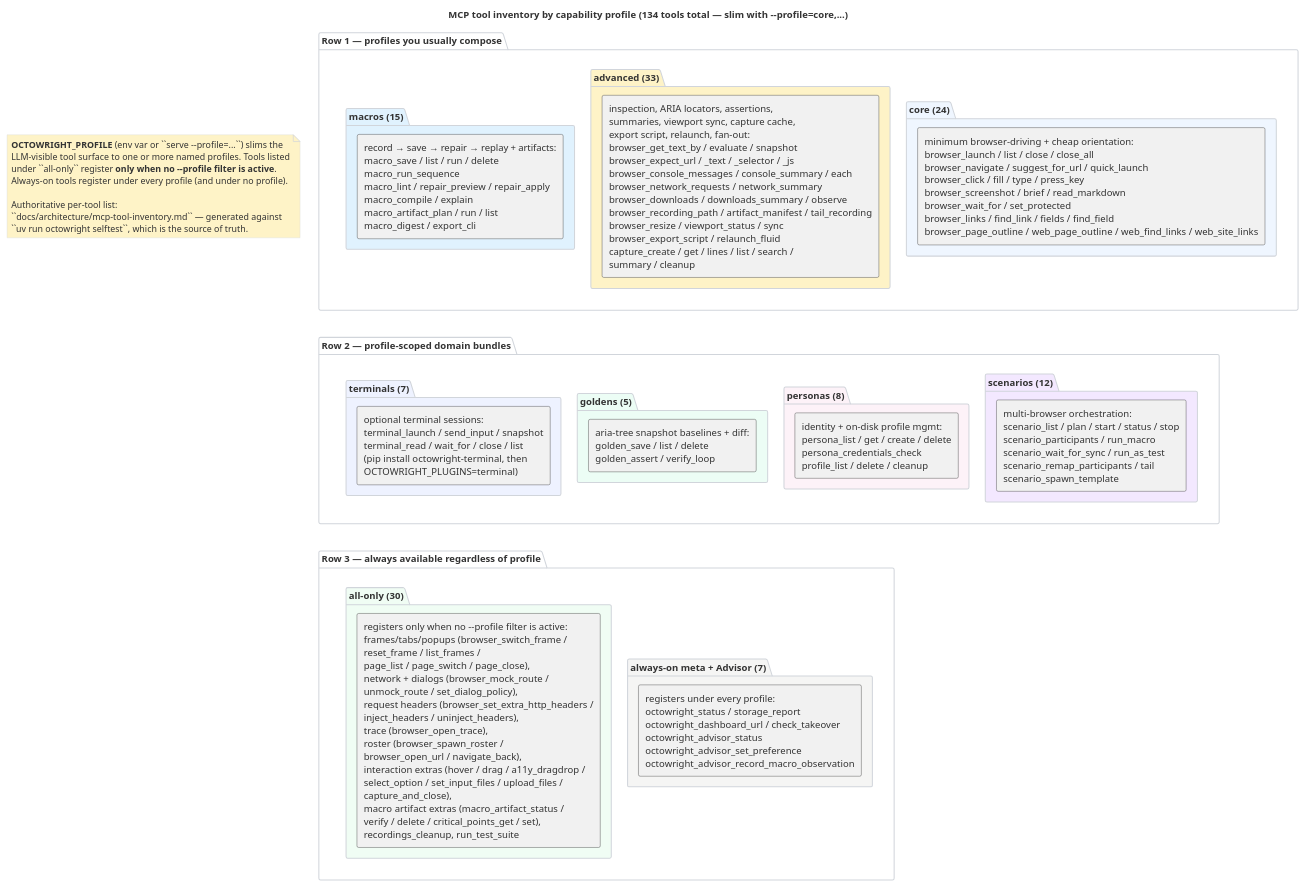
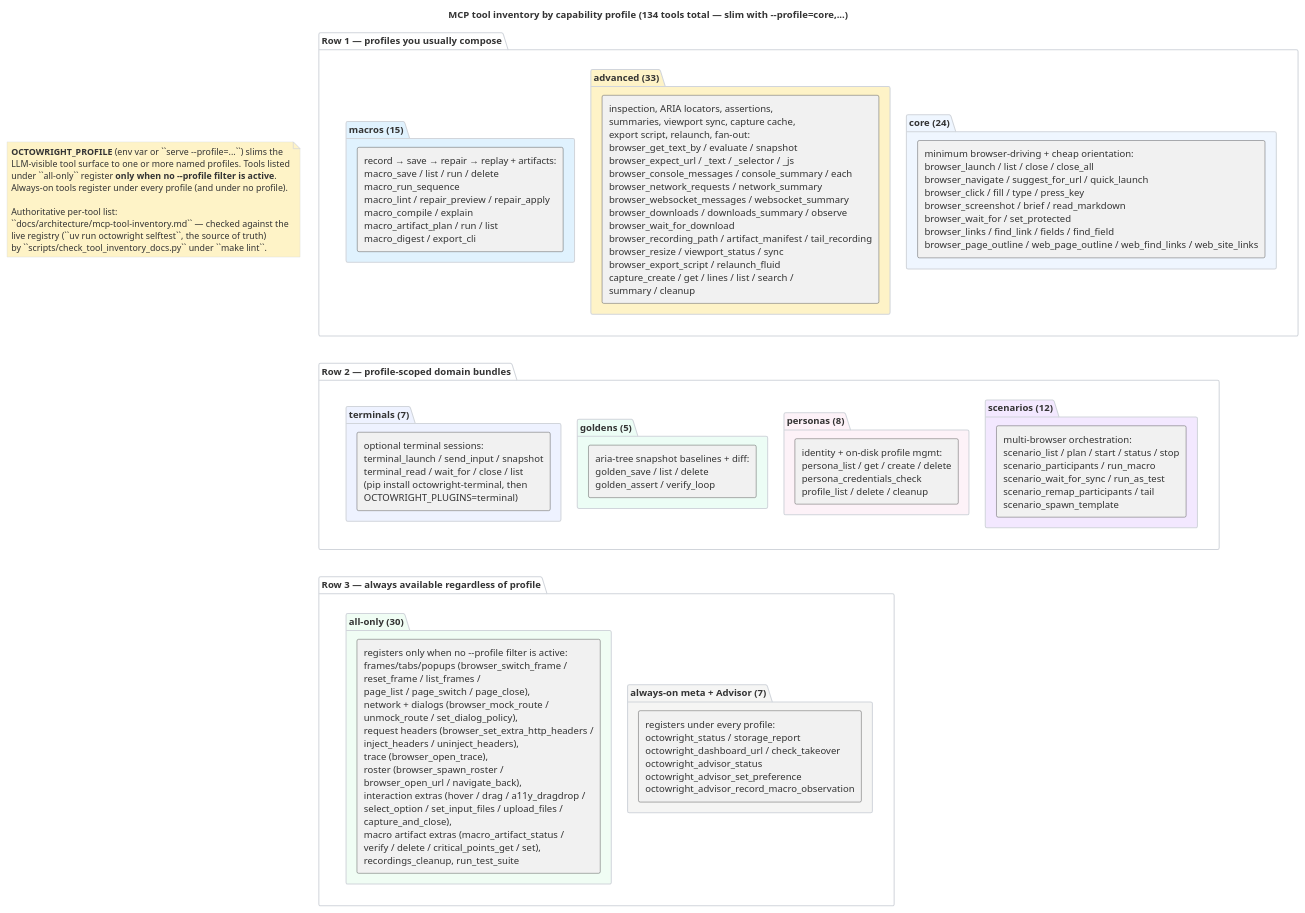
Before and after one commit to livingstaccato/octowright: the diagram in docs/architecture/mcp-tool-surface.puml, drawn with PlantUML. The commit also changed 12 other files, not shown here.

Commit message:
docs(architecture): bring the diagrams and HTTP contract up to date

```diff
--- a/docs/architecture/mcp-tool-surface.puml
+++ b/docs/architecture/mcp-tool-surface.puml
@@ -5,71 +5,72 @@
 @startuml mcp-tool-surface
 title MCP tool inventory by capability profile (134 tools total — slim with --profile=core,...)
 
 skinparam backgroundColor #ffffff
 skinparam defaultFontColor #333333
 skinparam packageBorderColor #d1d5db
 skinparam packageBackgroundColor #f9fafb
 skinparam noteBackgroundColor #fef3c7
 skinparam noteBorderColor #d1d5db
 skinparam ArrowColor transparent
 
 ' PlantUML doesn't have a real grid layout. The trick that works: wrap
 ' each row of profile boxes in an outer "row" package. Outer packages
 ' stack vertically because nothing links them horizontally; inner
 ' boxes pack horizontally within their row.
 
 note as LEGEND #fef3c7
   **OCTOWRIGHT_PROFILE** (env var or ``serve --profile=...``) slims the
   LLM-visible tool surface to one or more named profiles. Tools listed
   under ``all-only`` register **only when no --profile filter is active**.
   Always-on tools register under every profile (and under no profile).
 
   Authoritative per-tool list:
-  ``docs/architecture/mcp-tool-inventory.md`` — generated against
-  ``uv run octowright selftest``, which is the source of truth.
+  ``docs/architecture/mcp-tool-inventory.md`` — checked against the
+  live registry (``uv run octowright selftest``, the source of truth)
+  by ``scripts/check_tool_inventory_docs.py`` under ``make lint``.
 end note
 
 package "Row 1 — profiles you usually compose" as ROW1 #ffffff {
   package "core (24)" as P_CORE #eff6ff {
     rectangle "minimum browser-driving + cheap orientation:\nbrowser_launch / list / close / close_all\nbrowser_navigate / suggest_for_url / quick_launch\nbrowser_click / fill / type / press_key\nbrowser_screenshot / brief / read_markdown\nbrowser_wait_for / set_protected\nbrowser_links / find_link / fields / find_field\nbrowser_page_outline / web_page_outline / web_find_links / web_site_links" as R_CORE
   }
   package "advanced (33)" as P_ADV #fef3c7 {
-    rectangle "inspection, ARIA locators, assertions,\nsummaries, viewport sync, capture cache,\nexport script, relaunch, fan-out:\nbrowser_get_text_by / evaluate / snapshot\nbrowser_expect_url / _text / _selector / _js\nbrowser_console_messages / console_summary / each\nbrowser_network_requests / network_summary\nbrowser_downloads / downloads_summary / observe\nbrowser_recording_path / artifact_manifest / tail_recording\nbrowser_resize / viewport_status / sync\nbrowser_export_script / relaunch_fluid\ncapture_create / get / lines / list / search /\nsummary / cleanup" as R_ADV
+    rectangle "inspection, ARIA locators, assertions,\nsummaries, viewport sync, capture cache,\nexport script, relaunch, fan-out:\nbrowser_get_text_by / evaluate / snapshot\nbrowser_expect_url / _text / _selector / _js\nbrowser_console_messages / console_summary / each\nbrowser_network_requests / network_summary\nbrowser_websocket_messages / websocket_summary\nbrowser_downloads / downloads_summary / observe\nbrowser_wait_for_download\nbrowser_recording_path / artifact_manifest / tail_recording\nbrowser_resize / viewport_status / sync\nbrowser_export_script / relaunch_fluid\ncapture_create / get / lines / list / search /\nsummary / cleanup" as R_ADV
   }
   package "macros (15)" as P_MAC #e0f2fe {
     rectangle "record → save → repair → replay + artifacts:\nmacro_save / list / run / delete\nmacro_run_sequence\nmacro_lint / repair_preview / repair_apply\nmacro_compile / explain\nmacro_artifact_plan / run / list\nmacro_digest / export_cli" as R_MAC
   }
 }
 
 package "Row 2 — profile-scoped domain bundles" as ROW2 #ffffff {
   package "scenarios (12)" as P_SCN #f3e8ff {
     rectangle "multi-browser orchestration:\nscenario_list / plan / start / status / stop\nscenario_participants / run_macro\nscenario_wait_for_sync / run_as_test\nscenario_remap_participants / tail\nscenario_spawn_template" as R_SCN
   }
   package "personas (8)" as P_PERS #fdf2f8 {
     rectangle "identity + on-disk profile mgmt:\npersona_list / get / create / delete\npersona_credentials_check\nprofile_list / delete / cleanup" as R_PERS
   }
   package "goldens (5)" as P_GOLD #ecfdf5 {
     rectangle "aria-tree snapshot baselines + diff:\ngolden_save / list / delete\ngolden_assert / verify_loop" as R_GOLD
   }
   package "terminals (7)" as P_TERM #eef2ff {
     rectangle "optional terminal sessions:\nterminal_launch / send_input / snapshot\nterminal_read / wait_for / close / list\n(pip install octowright-terminal, then\nOCTOWRIGHT_PLUGINS=terminal)" as R_TERM
   }
 }
 
 package "Row 3 — always available regardless of profile" as ROW3 #ffffff {
   package "always-on meta + Advisor (7)" as P_META #f5f5f4 {
     rectangle "registers under every profile:\noctowright_status / storage_report\noctowright_dashboard_url / check_takeover\noctowright_advisor_status\noctowright_advisor_set_preference\noctowright_advisor_record_macro_observation" as R_META
   }
   package "all-only (30)" as P_ALL #f0fdf4 {
     rectangle "registers only when no --profile filter is active:\nframes/tabs/popups (browser_switch_frame /\nreset_frame / list_frames /\npage_list / page_switch / page_close),\nnetwork + dialogs (browser_mock_route /\nunmock_route / set_dialog_policy),\nrequest headers (browser_set_extra_http_headers /\ninject_headers / uninject_headers),\ntrace (browser_open_trace),\nroster (browser_spawn_roster /\nbrowser_open_url / navigate_back),\ninteraction extras (hover / drag / a11y_dragdrop /\nselect_option / set_input_files / upload_files /\ncapture_and_close),\nmacro artifact extras (macro_artifact_status /\nverify / delete / critical_points_get / set),\nrecordings_cleanup, run_test_suite" as R_ALL
   }
 }
 
 ' Force vertical stacking of the row packages. Without these, PlantUML
 ' lays the three outer packages out in a single horizontal strip.
 ' (The note doesn't participate — hidden-arrow on a note leaks as a
 ' visible text label in some renderers.)
 ROW1 -[hidden]down-> ROW2
 ROW2 -[hidden]down-> ROW3
 
 @enduml
```
